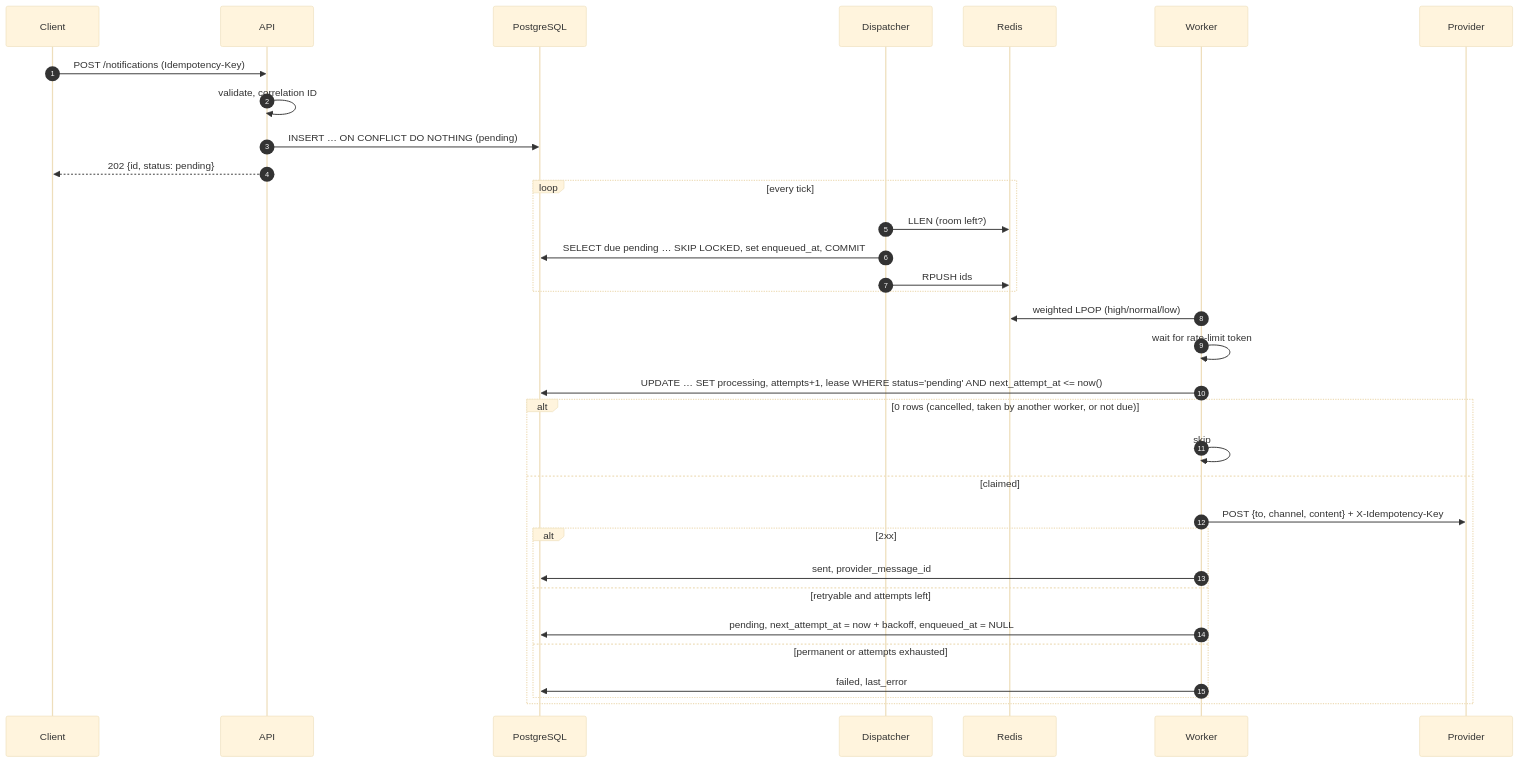
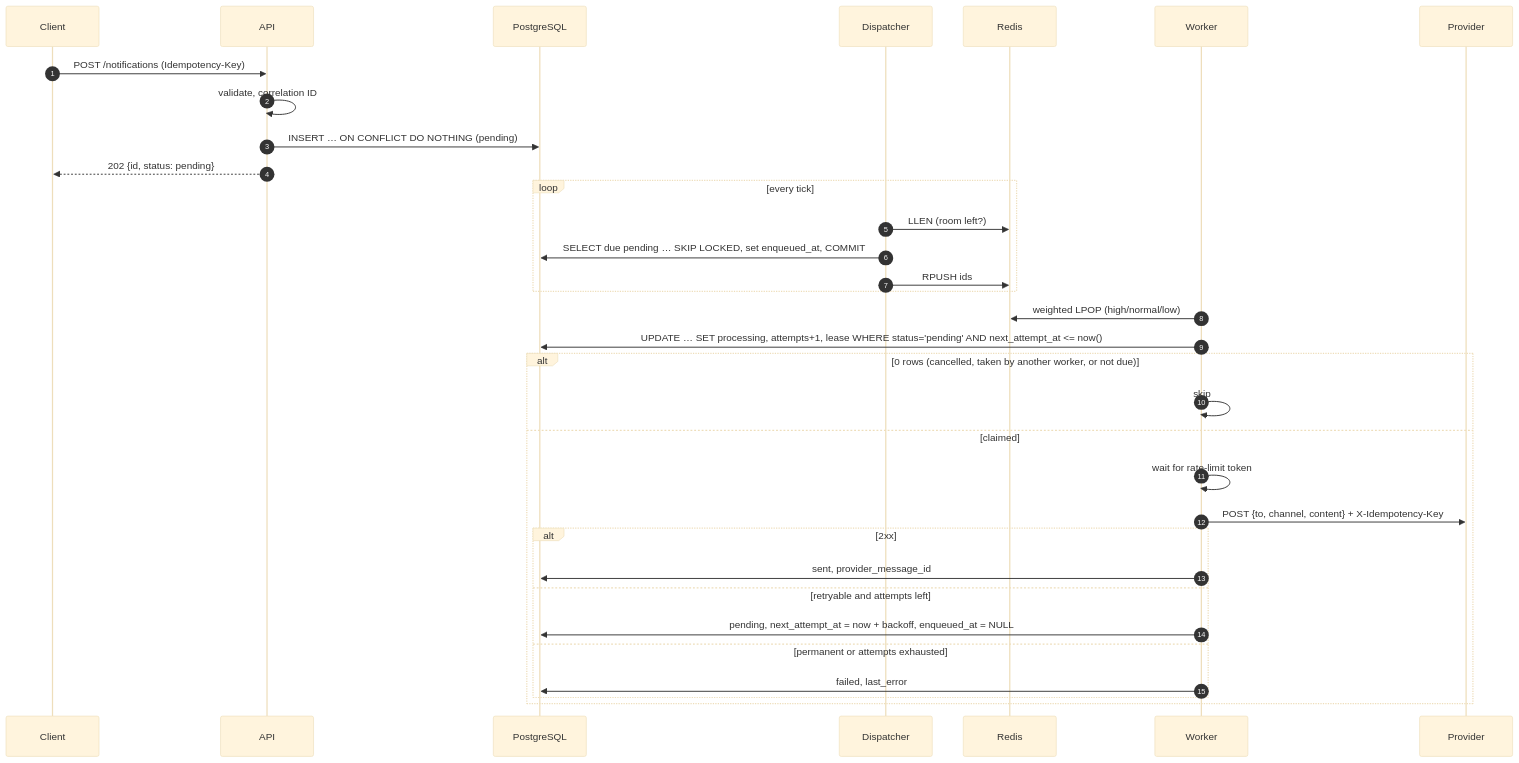
The third of 6 diagrams in docs/DESIGN.md (keremakkn/insider-notification), drawn with Mermaid (base theme) before and after one commit. The commit also changed other lines of this file and 2 other files, not shown here.

First line of the commit message:
fix(worker): take the rate-limit token right before the provider call

````diff
--- a/docs/DESIGN.md
+++ b/docs/DESIGN.md
@@ -278,38 +278,38 @@
 ```mermaid
 sequenceDiagram
     autonumber
     participant C as Client
     participant A as API
     participant DB as PostgreSQL
     participant D as Dispatcher
     participant Q as Redis
     participant W as Worker
     participant P as Provider
 
     C->>A: POST /notifications (Idempotency-Key)
     A->>A: validate, correlation ID
     A->>DB: INSERT … ON CONFLICT DO NOTHING (pending)
     A-->>C: 202 {id, status: pending}
 
     loop every tick
         D->>Q: LLEN (room left?)
         D->>DB: SELECT due pending … SKIP LOCKED, set enqueued_at, COMMIT
         D->>Q: RPUSH ids
     end
 
     W->>Q: weighted LPOP (high/normal/low)
-    W->>W: wait for rate-limit token
     W->>DB: UPDATE … SET processing, attempts+1, lease WHERE status='pending' AND next_attempt_at <= now()
     alt 0 rows (cancelled, taken by another worker, or not due)
         W->>W: skip
     else claimed
+        W->>W: wait for rate-limit token
         W->>P: POST {to, channel, content} + X-Idempotency-Key
         alt 2xx
             W->>DB: sent, provider_message_id
         else retryable and attempts left
             W->>DB: pending, next_attempt_at = now + backoff, enqueued_at = NULL
         else permanent or attempts exhausted
             W->>DB: failed, last_error
         end
     end
 ```
````
